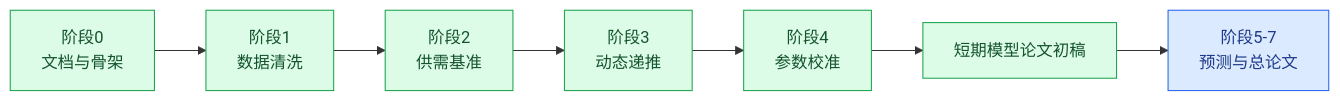
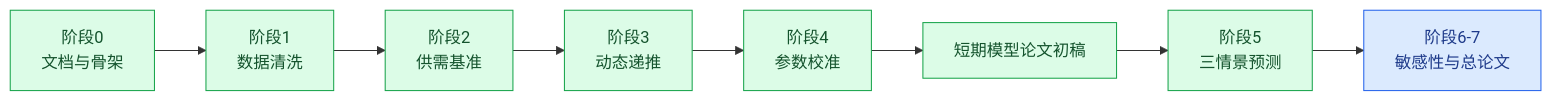
One commit to Timcai06/-A- changed the diagram in docs/00_文档导航.md. Above: the diagram before and after it, drawn with Mermaid. The commit also changed other lines of this file and 12 other files, not shown here.

````diff
--- a/docs/00_文档导航.md
+++ b/docs/00_文档导航.md
@@ -49,20 +49,22 @@
 ```mermaid
 flowchart LR
     A["阶段0<br/>文档与骨架"] --> B["阶段1<br/>数据清洗"]
     B --> C["阶段2<br/>供需基准"]
     C --> D["阶段3<br/>动态递推"]
     D --> E["阶段4<br/>参数校准"]
     E --> P0["短期模型论文初稿"]
-    P0 --> F["阶段5-7<br/>预测与总论文"]
+    P0 --> F["阶段5<br/>三情景预测"]
+    F --> G["阶段6-7<br/>敏感性与总论文"]
 
     A:::done
     B:::done
     C:::done
     D:::done
     E:::done
     P0:::done
-    F:::next
+    F:::done
+    G:::next
 
     classDef done fill:#dcfce7,stroke:#16a34a,color:#14532d
     classDef next fill:#dbeafe,stroke:#2563eb,color:#1e3a8a
 ```
````
